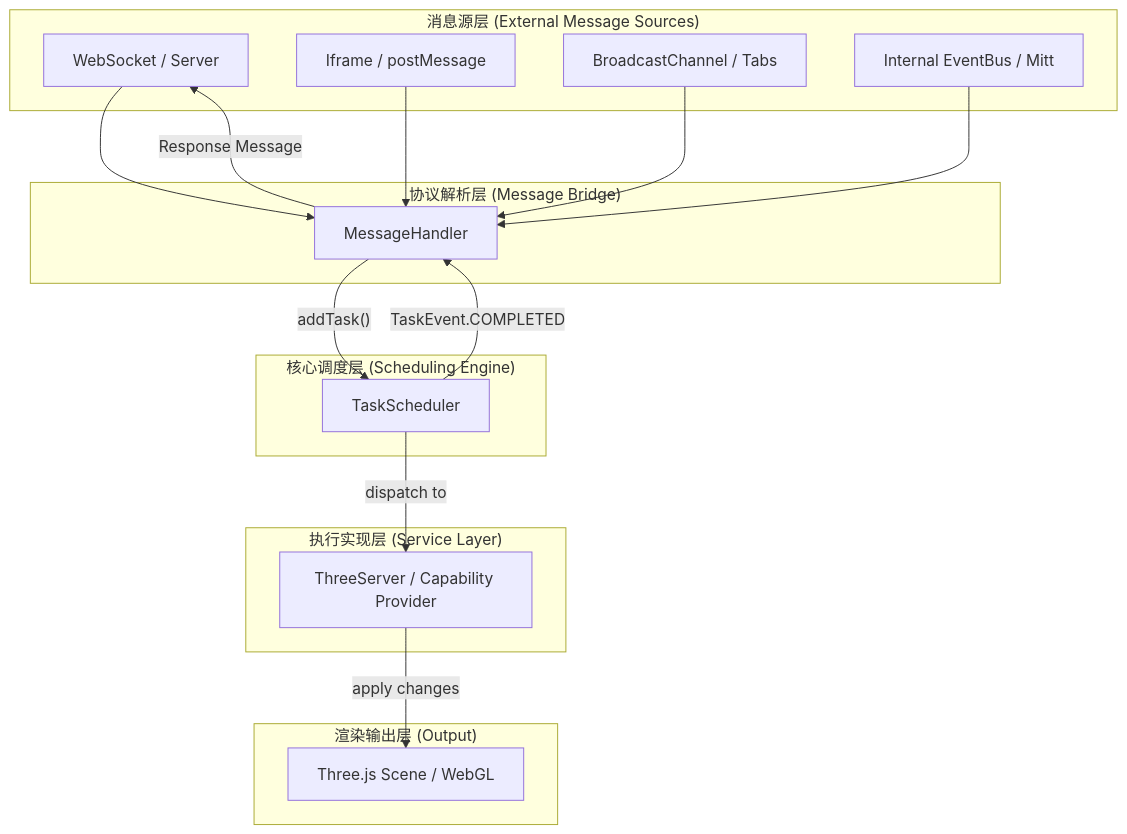
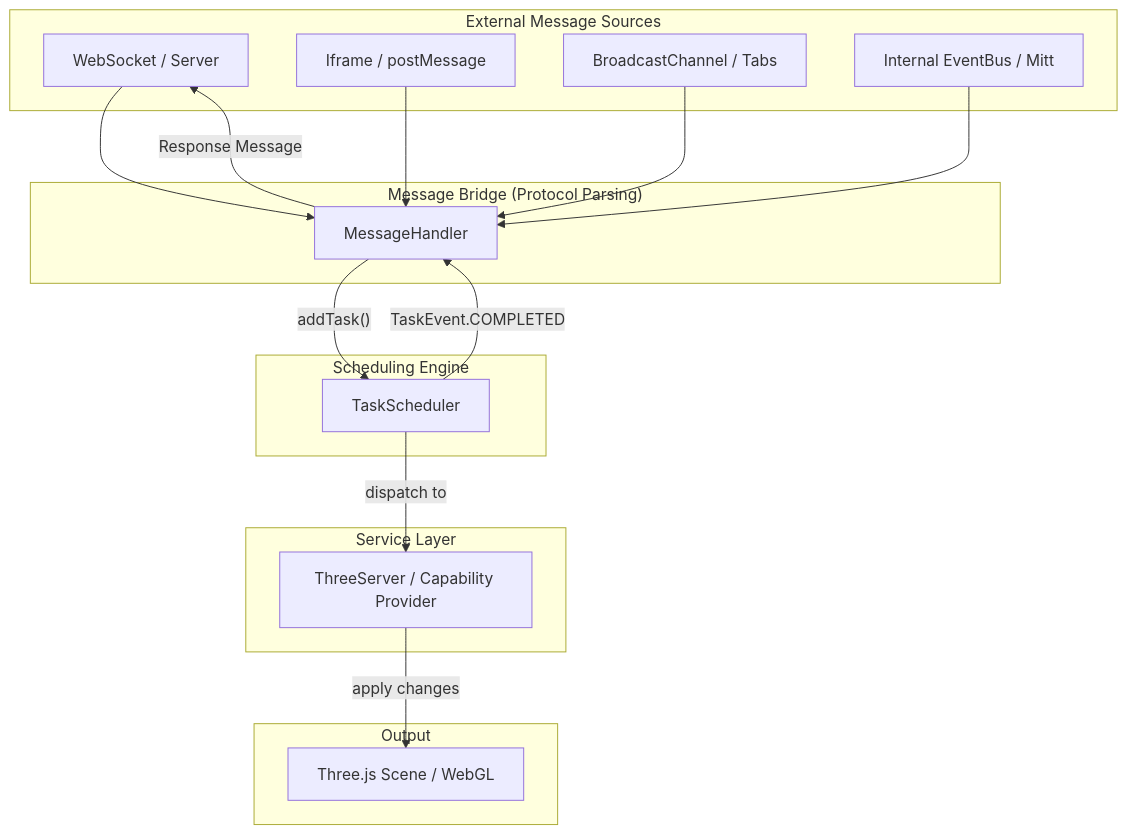
One commit to wuyax/message-nexus changed the diagram in packages/task-scheduler/README.md. Above: the diagram before and after it, drawn with Mermaid. The commit also changed other lines of this file and 3 other files, not shown here.

````diff
--- a/packages/task-scheduler/README.md
+++ b/packages/task-scheduler/README.md
@@ -9,39 +9,39 @@
 ```mermaid
 graph TD
-    subgraph "消息源层 (External Message Sources)"
+    subgraph "External Message Sources"
         WS[WebSocket / Server]
         PM[Iframe / postMessage]
         BC[BroadcastChannel / Tabs]
         MITT[Internal EventBus / Mitt]
     end
 
-    subgraph "协议解析层 (Message Bridge)"
+    subgraph "Message Bridge (Protocol Parsing)"
         MH[MessageHandler]
     end
 
-    subgraph "核心调度层 (Scheduling Engine)"
+    subgraph "Scheduling Engine"
         TS[TaskScheduler]
     end
 
-    subgraph "执行实现层 (Service Layer)"
+    subgraph "Service Layer"
         TSV[ThreeServer / Capability Provider]
     end
 
-    subgraph "渲染输出层 (Output)"
+    subgraph "Output"
         SCENE[Three.js Scene / WebGL]
     end
 
-    %% 数据流
+    %% Data Flow
     WS --> MH
     PM --> MH
     BC --> MH
     MITT --> MH
-    
+
     MH -- "addTask()" --> TS
     TS -- "dispatch to" --> TSV
     TSV -- "apply changes" --> SCENE
-    
-    %% 回传流
+
+    %% Return Flow
     TS -- "TaskEvent.COMPLETED" --> MH
     MH -- "Response Message" --> WS
 ```
````
